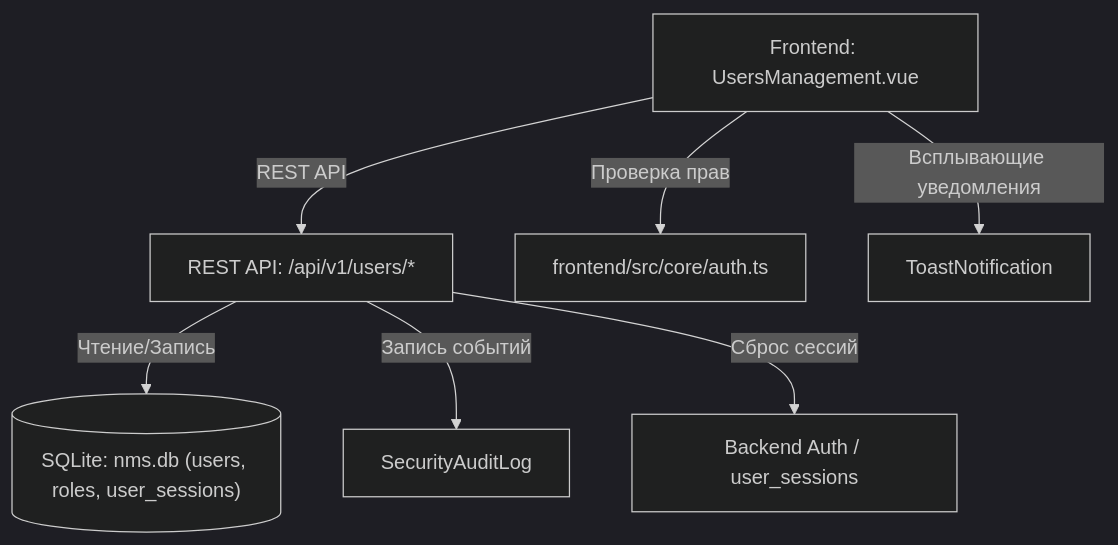
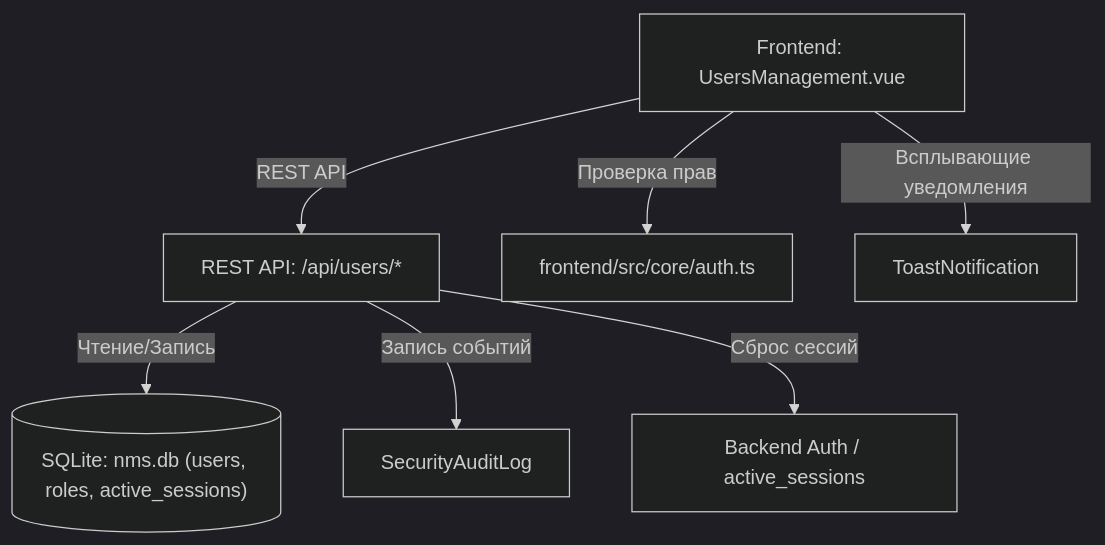
One commit to Apofixc/nms-webui changed the diagram in docs/wiki/02-usage/03-users-management.md. Above: the diagram before and after it, drawn with Mermaid (dark theme). The commit also changed other lines of this file and 21 other files, not shown here.

````diff
--- a/docs/wiki/02-usage/03-users-management.md
+++ b/docs/wiki/02-usage/03-users-management.md
@@ -127,9 +127,9 @@
 ```mermaid
 graph TD
-    UI["Frontend: UsersManagement.vue"] -->|REST API| API["REST API: /api/v1/users/*"]
-    API -->|Чтение/Запись| DB[("SQLite: nms.db (users, roles, user_sessions)")]
+    UI["Frontend: UsersManagement.vue"] -->|REST API| API["REST API: /api/users/*"]
+    API -->|Чтение/Запись| DB[("SQLite: nms.db (users, roles, active_sessions)")]
     API -->|Запись событий| Audit["SecurityAuditLog"]
-    API -->|Сброс сессий| Auth["Backend Auth / user_sessions"]
+    API -->|Сброс сессий| Auth["Backend Auth / active_sessions"]
     UI -->|Проверка прав| RBAC["frontend/src/core/auth.ts"]
     UI -->|Всплывающие уведомления| Toast["ToastNotification"]
 ```
````
